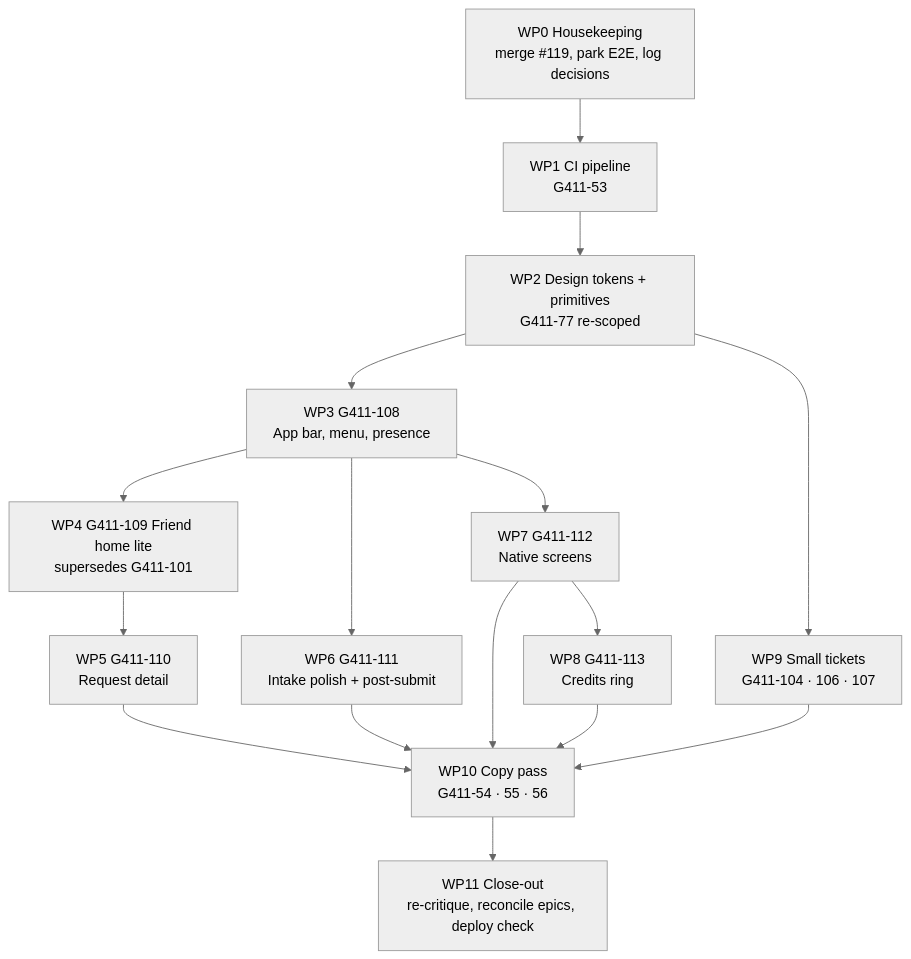
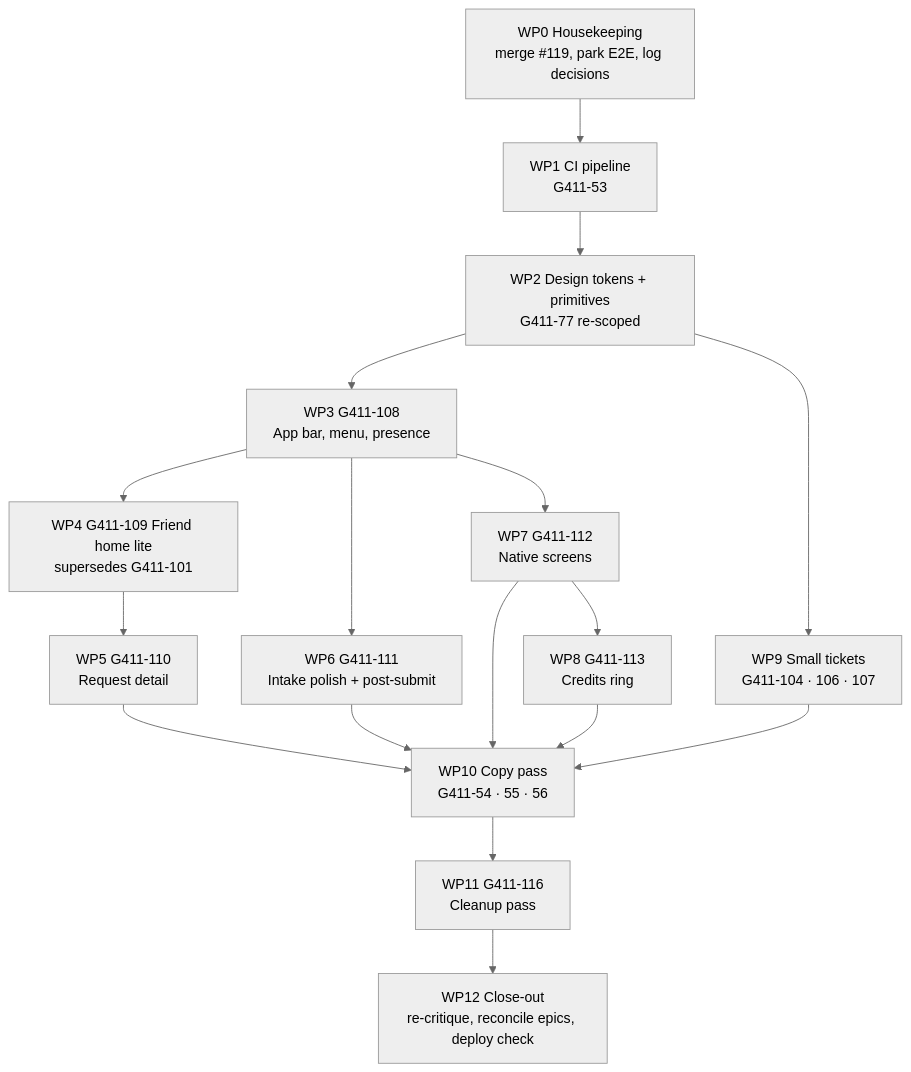
One commit to GaviLazan/Gavi411 changed the diagram in gavi411-finish-line-plan.md. Above: the diagram before and after it, drawn with Mermaid (neutral theme). The commit also changed other lines of this file and 1 other file, not shown here.

First line of the commit message:
docs: add WP11 codebase cleanup pass to the finish-line plan

````diff
--- a/gavi411-finish-line-plan.md
+++ b/gavi411-finish-line-plan.md
@@ -68,18 +69,19 @@
 ```mermaid
 flowchart TD
   WP0[WP0 Housekeeping<br/>merge #119, park E2E, log decisions] --> WP1[WP1 CI pipeline<br/>G411-53]
   WP1 --> WP2[WP2 Design tokens + primitives<br/>G411-77 re-scoped]
   WP2 --> WP3[WP3 G411-108<br/>App bar, menu, presence]
   WP2 --> WP9[WP9 Small tickets<br/>G411-104 · 106 · 107]
   WP3 --> WP4[WP4 G411-109 Friend home lite<br/>supersedes G411-101]
   WP4 --> WP5[WP5 G411-110<br/>Request detail]
   WP3 --> WP6[WP6 G411-111<br/>Intake polish + post-submit]
   WP3 --> WP7[WP7 G411-112<br/>Native screens]
   WP7 --> WP8[WP8 G411-113<br/>Credits ring]
   WP5 --> WP10[WP10 Copy pass<br/>G411-54 · 55 · 56]
   WP6 --> WP10
   WP7 --> WP10
   WP8 --> WP10
   WP9 --> WP10
-  WP10 --> WP11[WP11 Close-out<br/>re-critique, reconcile epics, deploy check]
+  WP10 --> WP11[WP11 G411-116<br/>Cleanup pass]
+  WP11 --> WP12[WP12 Close-out<br/>re-critique, reconcile epics, deploy check]
 ```
````
